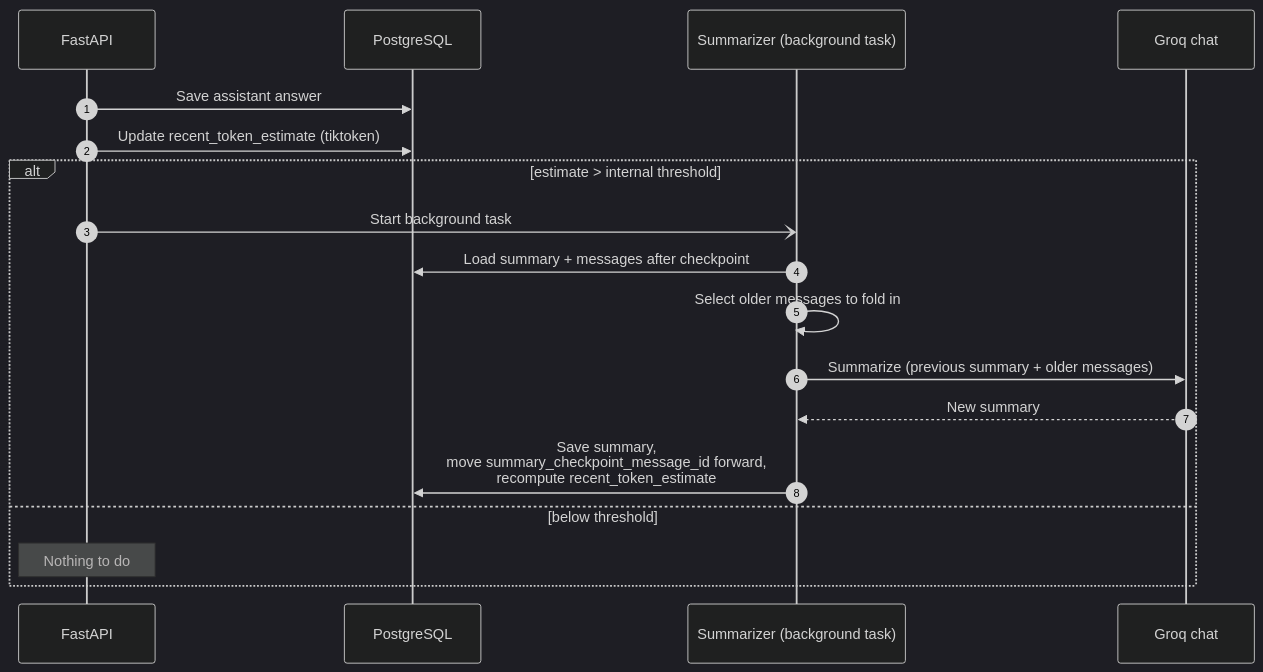
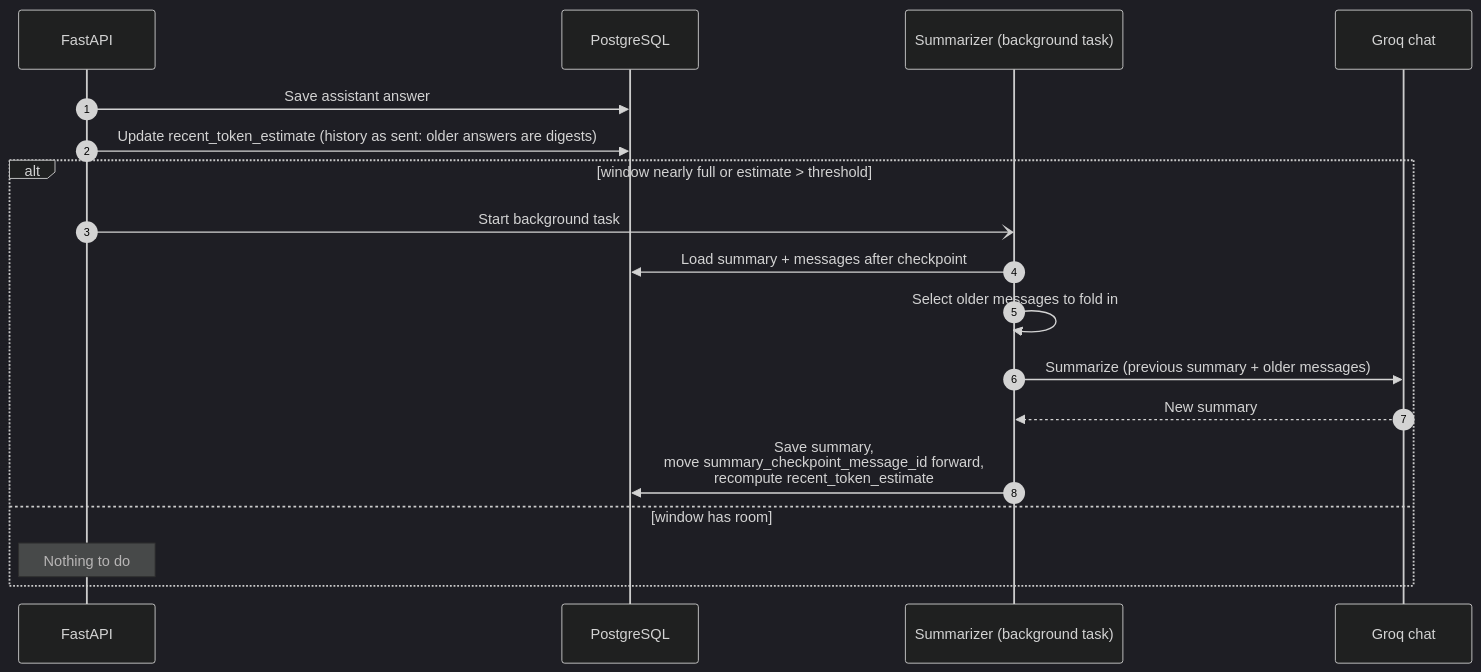
The first of 2 diagrams in Docs/Plan/Diagrams/09-conversation-summarization.md (Shashank8602/DevDocs), drawn with Mermaid (dark theme) before and after one commit. The commit also changed other lines of this file and 21 other files, not shown here.

````diff
--- a/Docs/Plan/Diagrams/09-conversation-summarization.md
+++ b/Docs/Plan/Diagrams/09-conversation-summarization.md
@@ -7,21 +7,21 @@
 ```mermaid
 sequenceDiagram
     autonumber
     participant API as FastAPI
     participant DB as PostgreSQL
     participant S as Summarizer (background task)
     participant LLM as Groq chat
 
     API->>DB: Save assistant answer
-    API->>DB: Update recent_token_estimate (tiktoken)
-    alt estimate > internal threshold
+    API->>DB: Update recent_token_estimate (history as sent: older answers are digests)
+    alt window nearly full or estimate > threshold
         API-)S: Start background task
         S->>DB: Load summary + messages after checkpoint
         S->>S: Select older messages to fold in
         S->>LLM: Summarize (previous summary + older messages)
         LLM-->>S: New summary
         S->>DB: Save summary,<br/>move summary_checkpoint_message_id forward,<br/>recompute recent_token_estimate
-    else below threshold
+    else window has room
         Note over API: Nothing to do
     end
 ```
````
